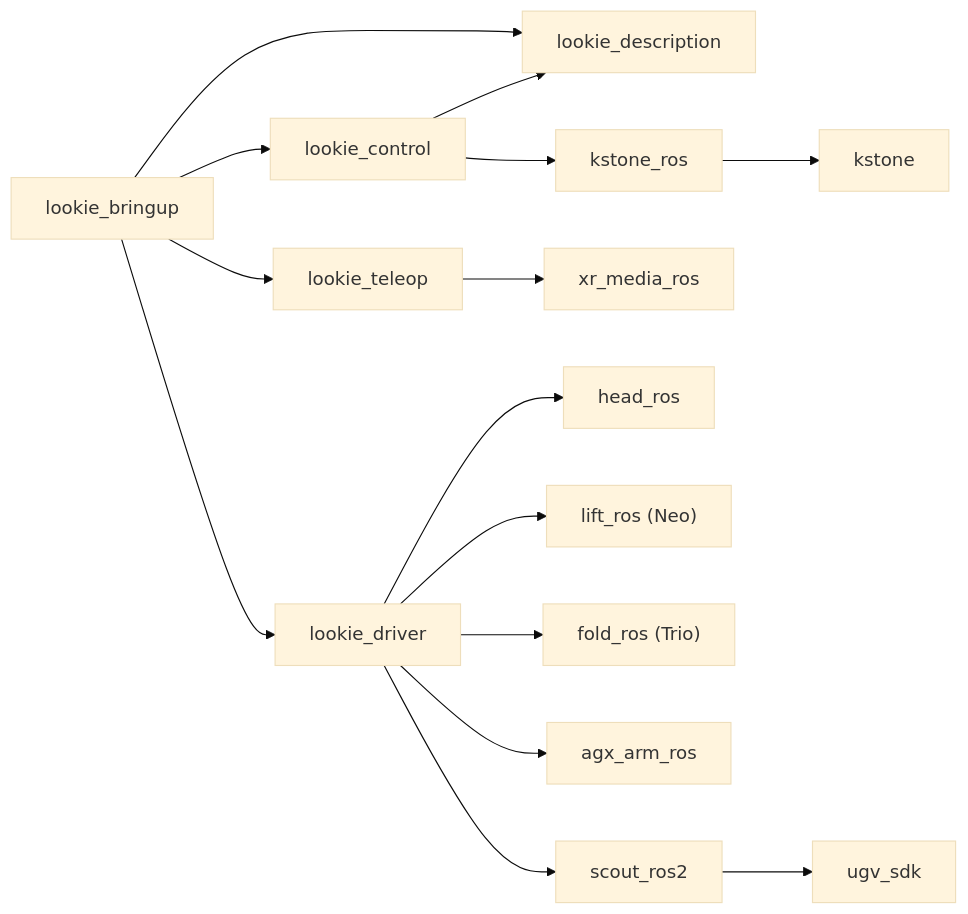
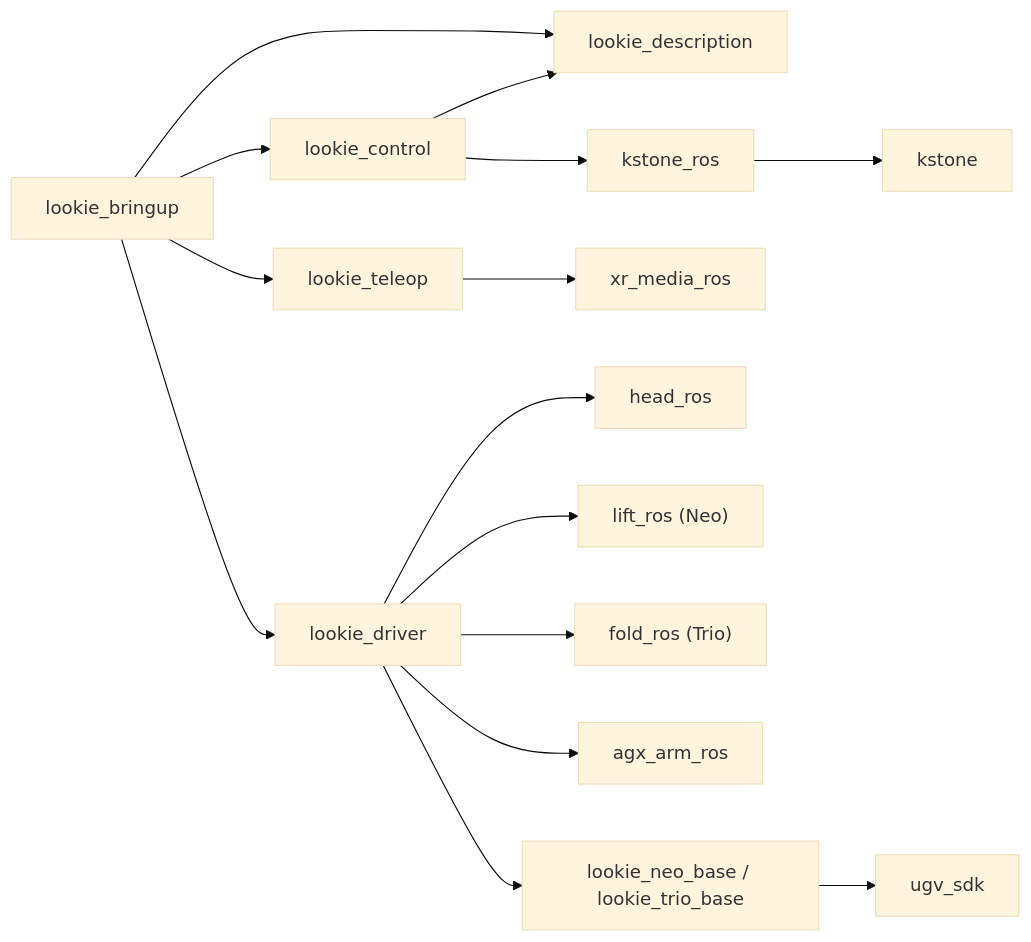
The sixth of 7 diagrams in docs/architecture.zh-CN.md (AgilexOpensource/lookie_ros), drawn with Mermaid (base theme) before and after one commit. The commit also changed other lines of this file and 20 other files, not shown here.

First line of the commit message:
Drive the chassis with one package per model instead of scout_ros2

````diff
--- a/docs/architecture.zh-CN.md
+++ b/docs/architecture.zh-CN.md
@@ -188,15 +188,15 @@
 ```mermaid
 flowchart LR
     BR["lookie_bringup"] --> DRV["lookie_driver"]
     BR --> CTL["lookie_control"]
     BR --> TEL["lookie_teleop"]
     BR --> LD["lookie_description"]
     CTL --> KR["kstone_ros"] --> KE["kstone"]
     CTL --> LD
     TEL --> XMR["xr_media_ros"]
     DRV --> HR["head_ros"]
     DRV --> LR["lift_ros (Neo)"]
     DRV --> FR["fold_ros (Trio)"]
     DRV --> AR["agx_arm_ros"]
-    DRV --> SR["scout_ros2"] --> UG["ugv_sdk"]
+    DRV --> SR["lookie_neo_base / lookie_trio_base"] --> UG["ugv_sdk"]
 ```
````
